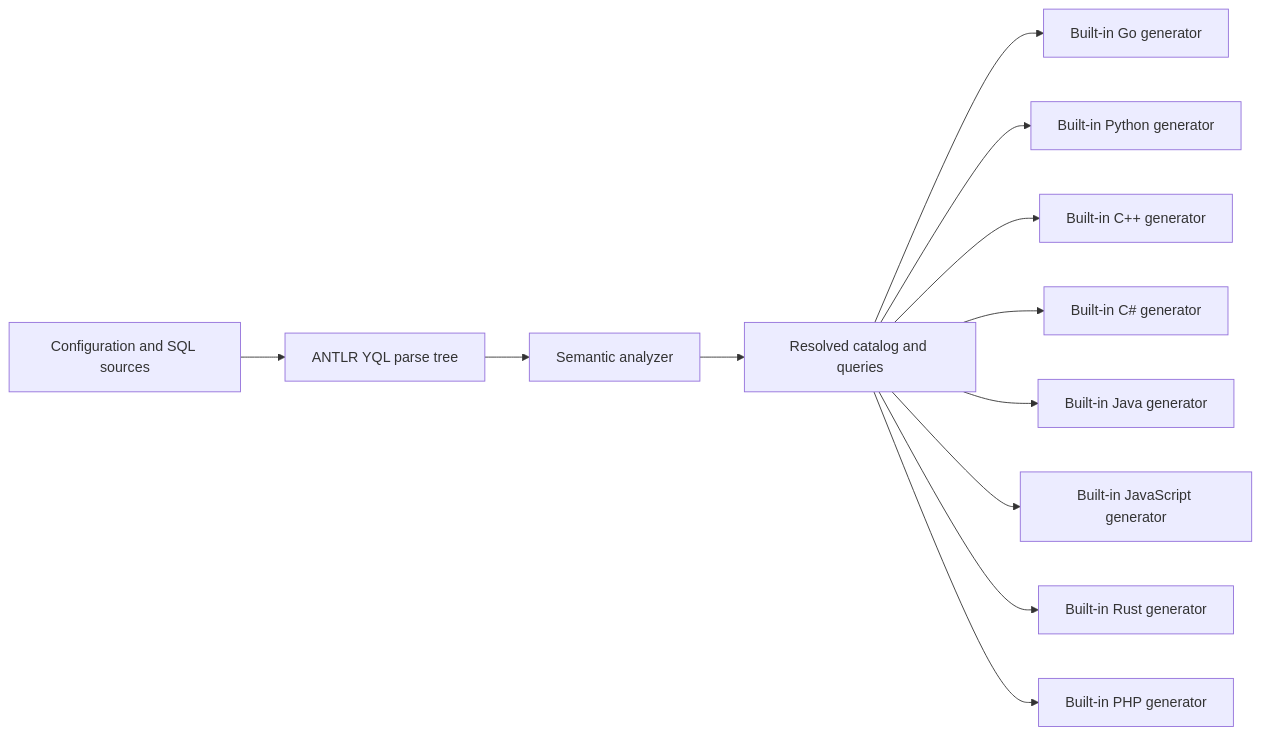
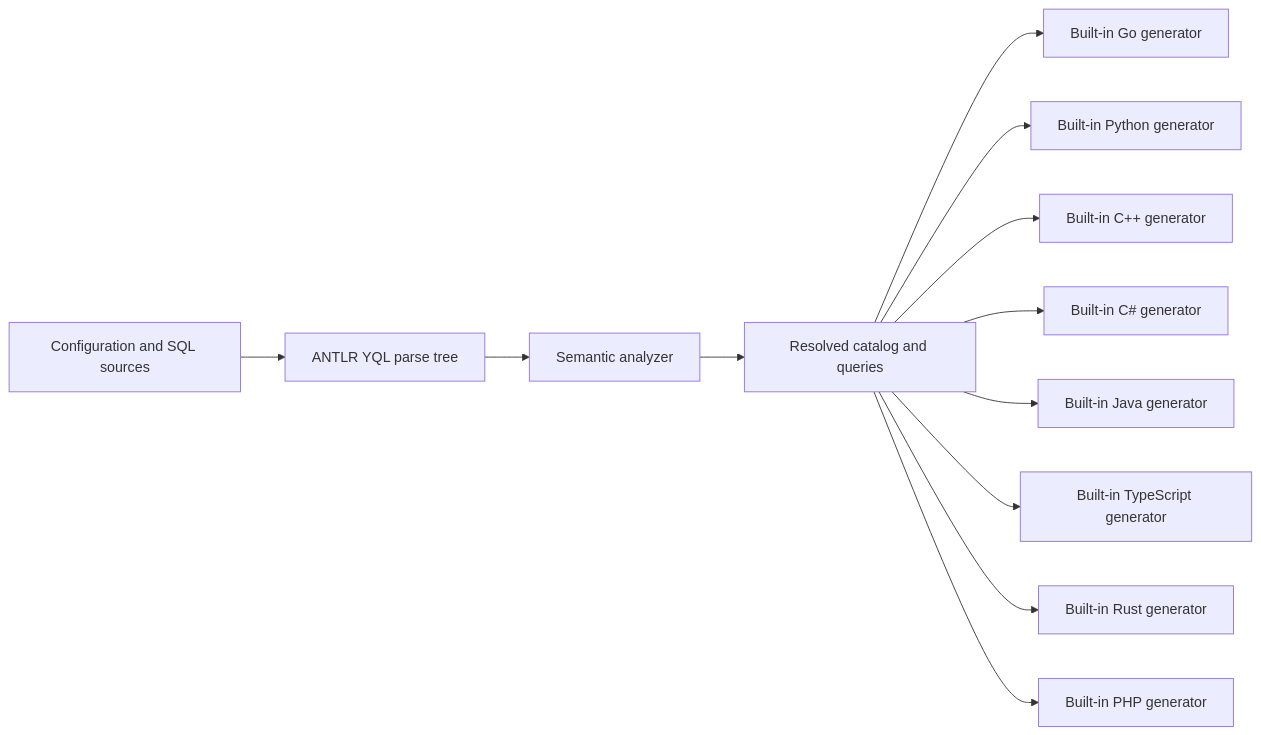
One commit to ydb-platform/sqlc-ydb changed the diagram in .agents/architecture.md. Above: the diagram before and after it, drawn with Mermaid. The commit also changed other lines of this file and 32 other files, not shown here.

Commit message:
feat(typescript): replace JavaScript generator

````diff
--- a/.agents/architecture.md
+++ b/.agents/architecture.md
@@ -3,14 +3,14 @@
 ```mermaid
 flowchart LR
   A[Configuration and SQL sources] --> B[ANTLR YQL parse tree]
   B --> C[Semantic analyzer]
   C --> D[Resolved catalog and queries]
   D --> E[Built-in Go generator]
   D --> F[Built-in Python generator]
   D --> G[Built-in C++ generator]
   D --> H[Built-in C# generator]
   D --> I[Built-in Java generator]
-  D --> J[Built-in JavaScript generator]
+  D --> J[Built-in TypeScript generator]
   D --> K[Built-in Rust generator]
   D --> L[Built-in PHP generator]
 ```
````
